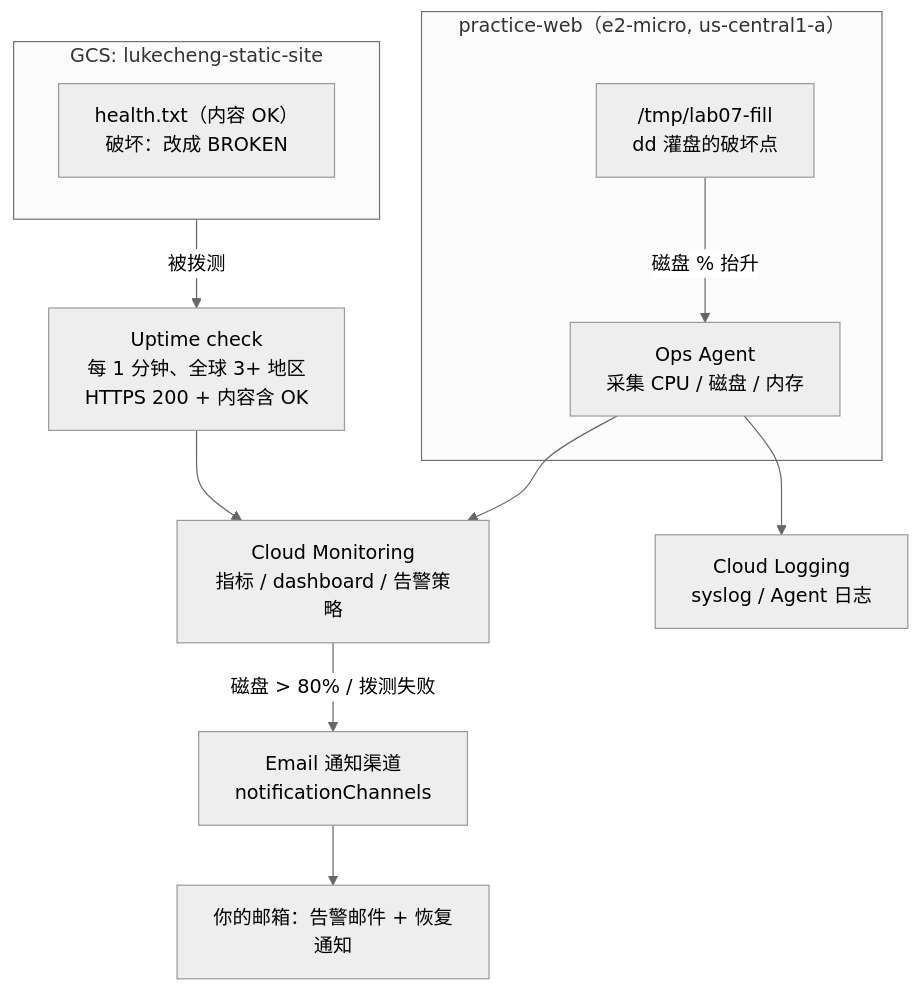
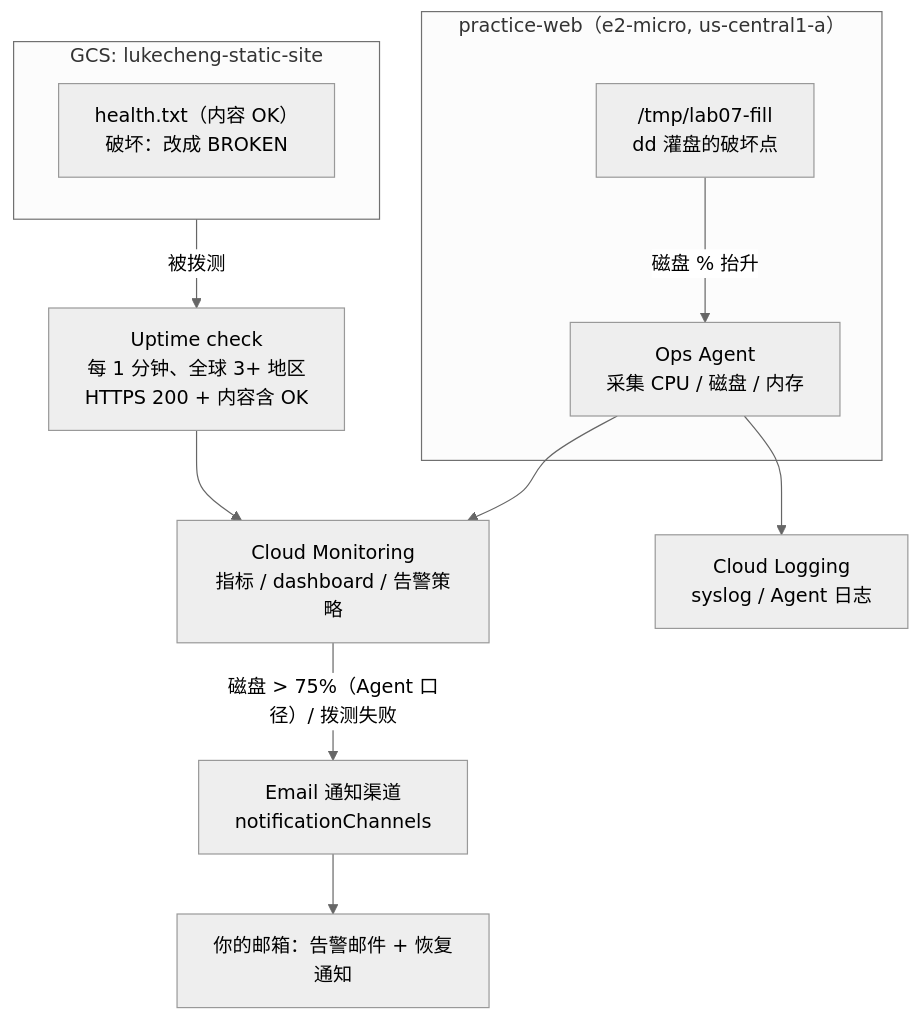
The diagram in 07-monitoring-alerting/README.md (lukecheng-csu/gcp-ops-labs), drawn with Mermaid (neutral theme) before and after one commit. The commit also changed other lines of this file and 1 other file, not shown here.

Commit message:
lab07: 修正磁盘告警阈值口径——df 84% 时 Ops Agent 指标仅 79.7%，阈值 80 永不触发，改 75 并补实测排障

````diff
--- a/07-monitoring-alerting/README.md
+++ b/07-monitoring-alerting/README.md
@@ -80,21 +80,21 @@
 ```mermaid
 flowchart TB
     subgraph VM["practice-web（e2-micro, us-central1-a）"]
         OA["Ops Agent<br/>采集 CPU / 磁盘 / 内存"]
         DD["/tmp/lab07-fill<br/>dd 灌盘的破坏点"]
     end
     subgraph GCS["GCS: lukecheng-static-site"]
         H["health.txt（内容 OK）<br/>破坏：改成 BROKEN"]
     end
     UP["Uptime check<br/>每 1 分钟、全球 3+ 地区<br/>HTTPS 200 + 内容含 OK"]
     MON["Cloud Monitoring<br/>指标 / dashboard / 告警策略"]
     CH["Email 通知渠道<br/>notificationChannels"]
     LOG["Cloud Logging<br/>syslog / Agent 日志"]
     GCS -->|"被拨测"| UP
     UP --> MON
     OA --> MON
     OA --> LOG
     DD -->|"磁盘 % 抬升"| OA
-    MON -->|"磁盘 > 80% / 拨测失败"| CH
+    MON -->|"磁盘 > 75%（Agent 口径）/ 拨测失败"| CH
     CH --> ME["你的邮箱：告警邮件 + 恢复通知"]
 ```
````
